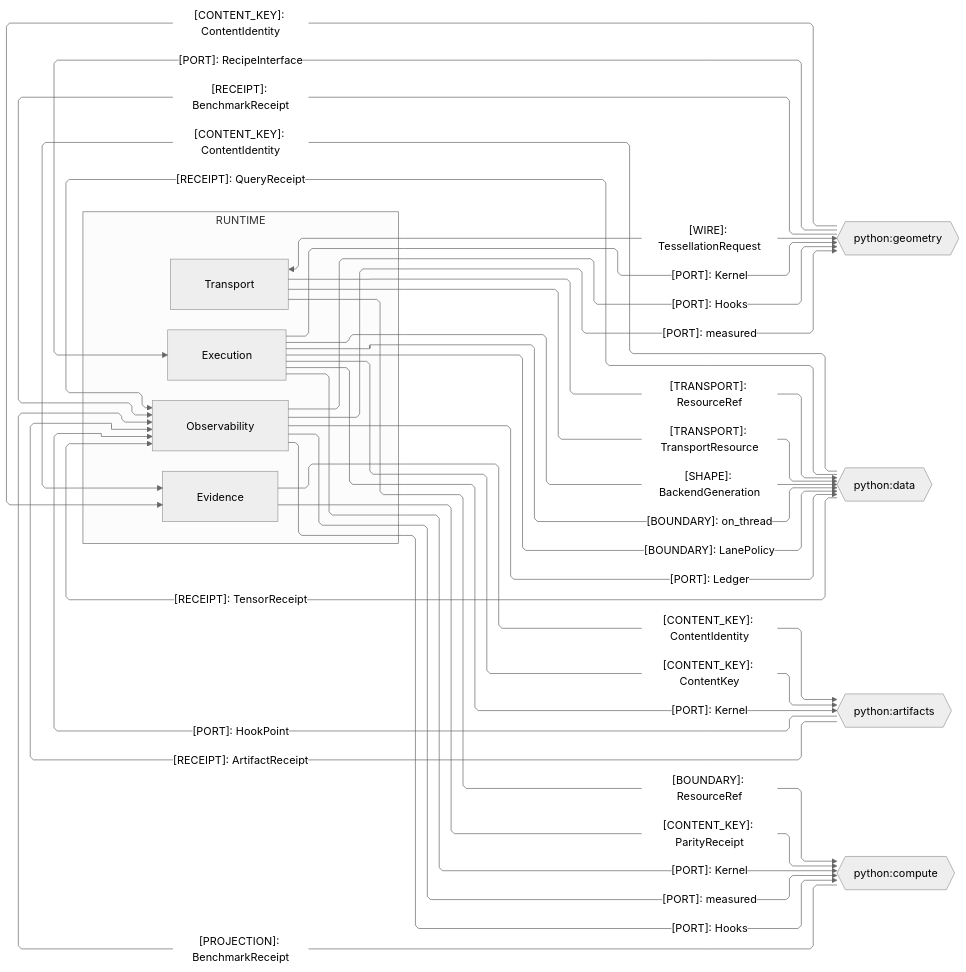
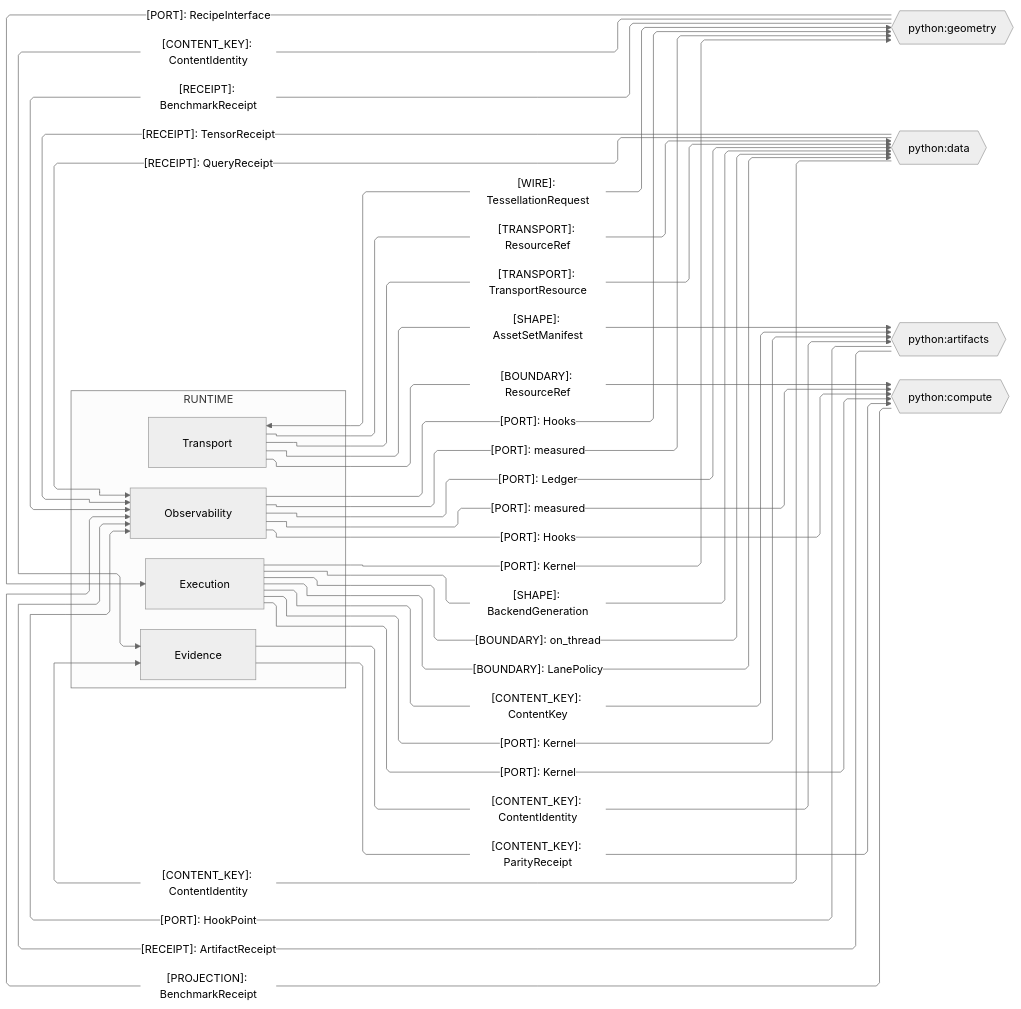
One commit to bsamiee/Rasm changed the third of 3 diagrams in libs/python/runtime/ARCHITECTURE.md. Above: the diagram before and after it, drawn with Mermaid (neutral theme). The commit also changed other lines of this file and 27 other files, not shown here.

````diff
--- a/libs/python/runtime/ARCHITECTURE.md
+++ b/libs/python/runtime/ARCHITECTURE.md
@@ -158,49 +161,50 @@
 ```mermaid
 ---
 config:
   layout: elk
   flowchart:
     curve: linear
     padding: 25
 ---
 flowchart LR
     accTitle: Runtime cross-package Python seams
     accDescr: Runtime sub-domain owners exchanging content identity, transport, kernel and hook ports, and receipts with the Python siblings.
     subgraph runtime[RUNTIME]
         Transport[Transport]
         Evidence[Evidence]
         Observability[Observability]
         Execution[Execution]
     end
     Geometry{{python:geometry}}
     Data{{python:data}}
     Artifacts{{python:artifacts}}
     Compute{{python:compute}}
     Transport e5@<-->|"[WIRE]: TessellationRequest"| Geometry
     Geometry e1@-->|"[CONTENT_KEY]: ContentIdentity"| Evidence
     Geometry e9@-->|"[PORT]: RecipeInterface"| Execution
     Data e2@-->|"[CONTENT_KEY]: ContentIdentity"| Evidence
     Transport e6@-->|"[TRANSPORT]: ResourceRef"| Data
     Transport e16@-->|"[TRANSPORT]: TransportResource"| Data
     Observability e27@-->|"[PORT]: Ledger"| Data
     Data e11@-->|"[RECEIPT]: QueryReceipt"| Observability
     Data e17@-->|"[RECEIPT]: TensorReceipt"| Observability
     Execution e14@-->|"[BOUNDARY]: on_thread"| Data
     Execution e18@-->|"[BOUNDARY]: LanePolicy"| Data
     Execution e19@-->|"[SHAPE]: BackendGeneration"| Data
     Evidence e3@-->|"[CONTENT_KEY]: ContentIdentity"| Artifacts
     Artifacts e10@-->|"[RECEIPT]: ArtifactReceipt"| Observability
     Execution e8@-->|"[CONTENT_KEY]: ContentKey"| Artifacts
     Execution e15@-->|"[PORT]: Kernel"| Artifacts
+    Transport e28@-->|"[SHAPE]: AssetSetManifest"| Artifacts
     Artifacts e20@-->|"[PORT]: HookPoint"| Observability
     Evidence e4@-->|"[CONTENT_KEY]: ParityReceipt"| Compute
     Transport e7@-->|"[BOUNDARY]: ResourceRef"| Compute
     Observability e13@-->|"[PORT]: measured"| Compute
     Execution e12@-->|"[PORT]: Kernel"| Compute
     Observability e21@-->|"[PORT]: Hooks"| Compute
     Compute e22@-->|"[PROJECTION]: BenchmarkReceipt"| Observability
     Execution e23@-->|"[PORT]: Kernel"| Geometry
     Geometry e24@-->|"[RECEIPT]: BenchmarkReceipt"| Observability
     Observability e25@-->|"[PORT]: measured"| Geometry
     Observability e26@-->|"[PORT]: Hooks"| Geometry
 ```
````
